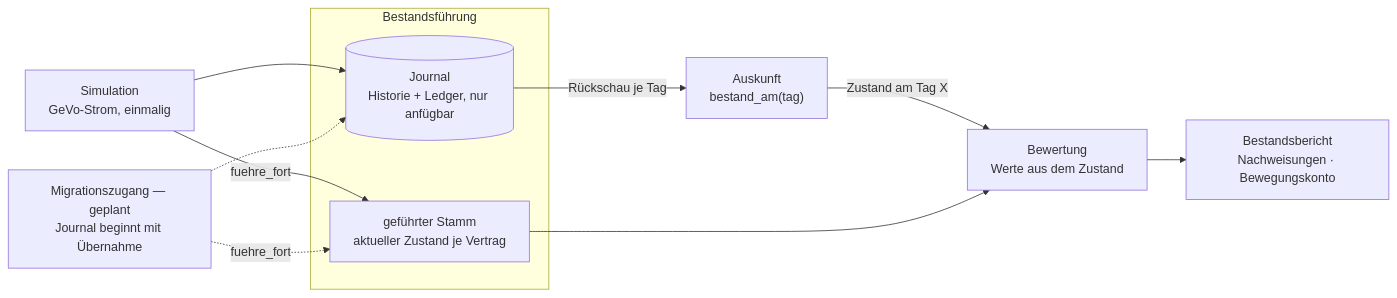
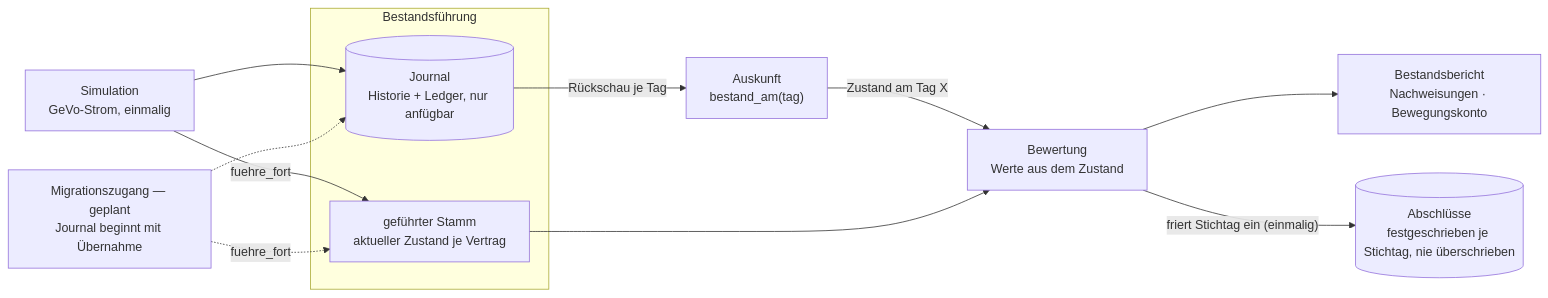
One commit to bartlmac/rechner-pipeline changed the diagram in docs/architektur/adr-011-bestandsfuehrung.md. Above: the diagram before and after it, drawn with Mermaid. The commit also changed other lines of this file and 9 other files, not shown here.

````diff
--- a/docs/architektur/adr-011-bestandsfuehrung.md
+++ b/docs/architektur/adr-011-bestandsfuehrung.md
@@ -69,28 +69,30 @@
 ```mermaid
 flowchart LR
     SIM["Simulation
 GeVo-Strom, einmalig"]
     subgraph BF["Bestandsführung"]
         STAMM["geführter Stamm
 aktueller Zustand je Vertrag"]
         JOURNAL[("Journal
 Historie + Ledger, nur anfügbar")]
     end
     MIG["Migrationszugang — geplant
 Journal beginnt mit Übernahme"]
     AUSKUNFT["Auskunft
 bestand_am(tag)"]
     BEW["Bewertung
 Werte aus dem Zustand"]
     BERICHT["Bestandsbericht
 Nachweisungen · Bewegungskonto"]
 
     SIM -- "fuehre_fort" --> STAMM
     SIM --> JOURNAL
     MIG -. "fuehre_fort" .-> STAMM
     MIG -.-> JOURNAL
     JOURNAL -- "Rückschau je Tag" --> AUSKUNFT
     AUSKUNFT -- "Zustand am Tag X" --> BEW
     STAMM --> BEW
     BEW --> BERICHT
+    BEW -- "friert Stichtag ein (einmalig)" --> ABSCHLUSS[("Abschlüsse
+festgeschrieben je Stichtag, nie überschrieben")]
 ```
````
